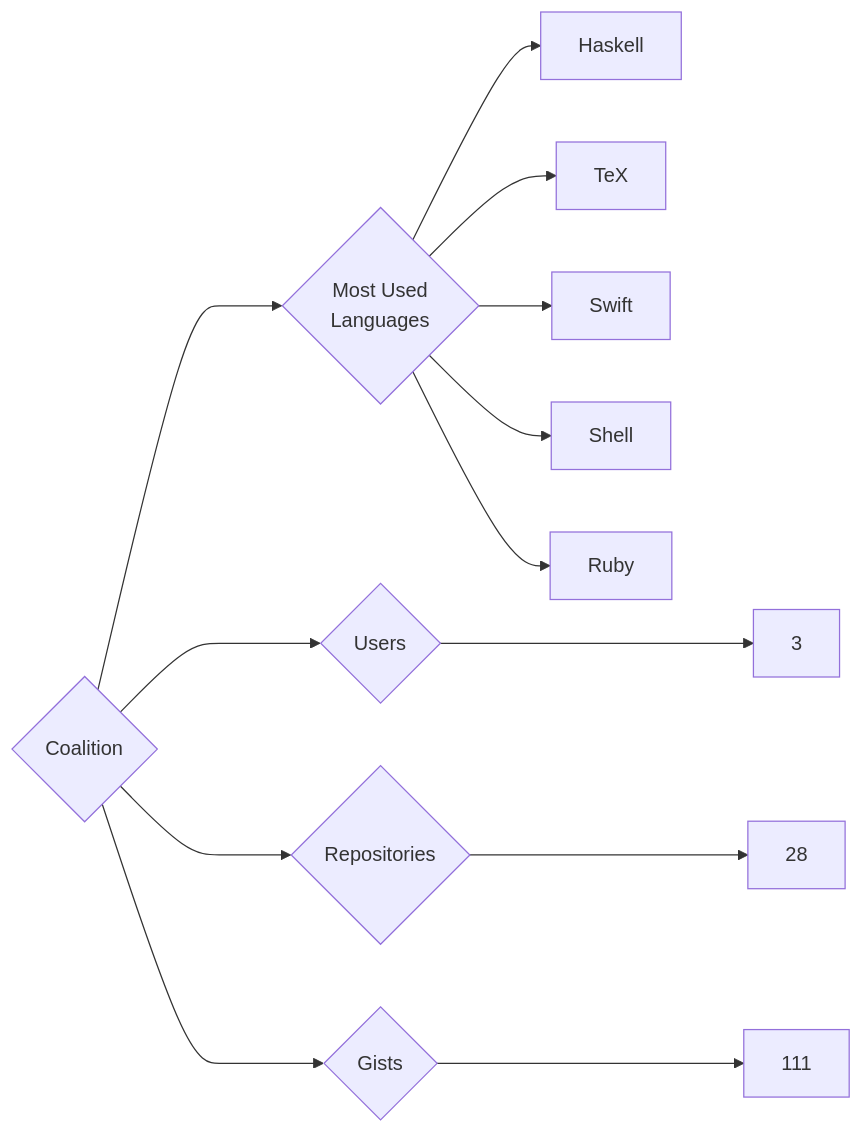
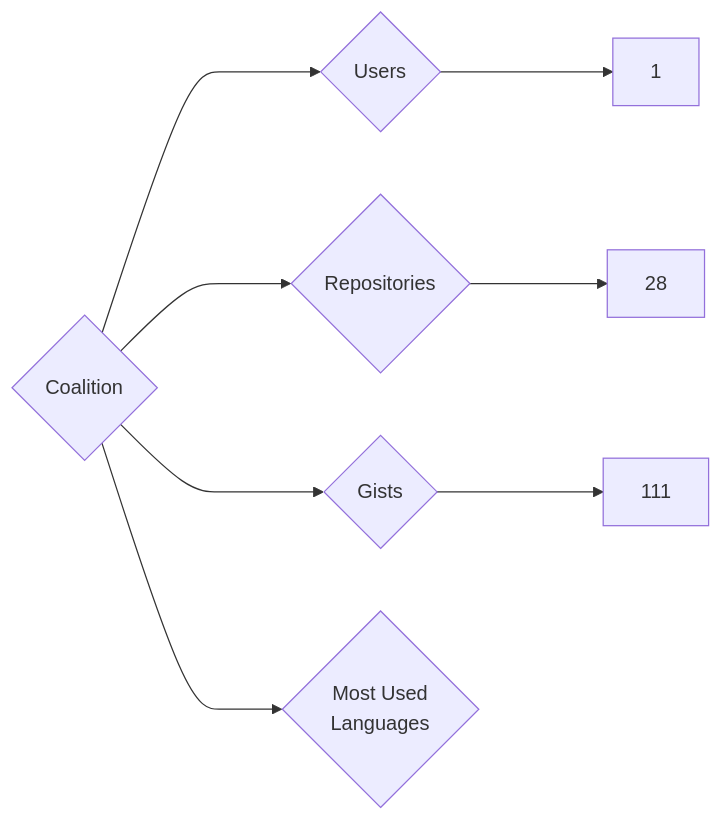
One commit to trickest/insiders changed the diagram in targets/Coalition/README.md. Above: the diagram before and after it, drawn with Mermaid. The commit also changed 559 other files, not shown here.

````diff
--- a/targets/Coalition/README.md
+++ b/targets/Coalition/README.md
@@ -3,13 +3,8 @@
 ```mermaid
 graph LR
 COMPANY_NAME{Coalition}
-COMPANY_NAME ---> U{Users} ---> UN[3]
+COMPANY_NAME ---> U{Users} ---> UN[1]
 COMPANY_NAME ---> R{Repositories} ---> RN[28]
 COMPANY_NAME ---> G{Gists} ---> GN[111]
 COMPANY_NAME ---> ML{Most Used<br>Languages}
-ML --> Haskell[Haskell]
-ML --> TeX[TeX]
-ML --> Swift[Swift]
-ML --> Shell[Shell]
-ML --> Ruby[Ruby]
 ```
````
